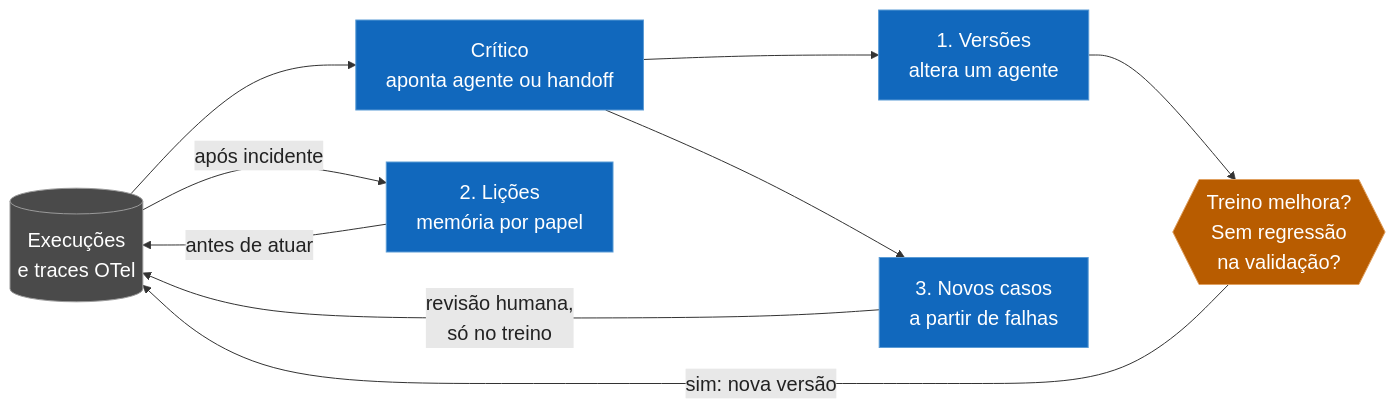
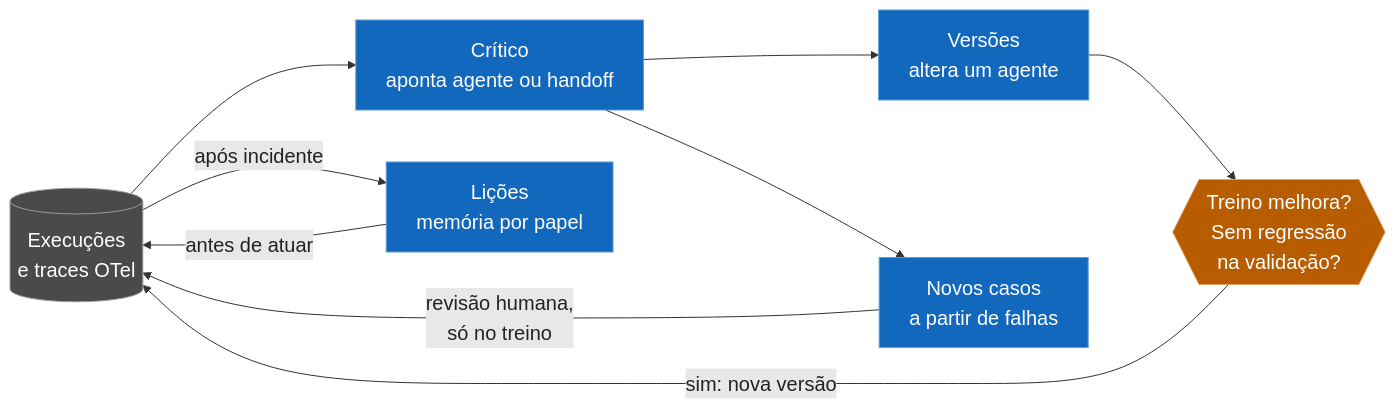
Before and after one commit to joaoptpsa/gen-ai-course: the diagram in projects/course-02-agentic-ai/presentation/diagrams/loops.mmd, drawn with Mermaid. The commit also changed 4 other files, not shown here.

```diff
--- a/projects/course-02-agentic-ai/presentation/diagrams/loops.mmd
+++ b/projects/course-02-agentic-ai/presentation/diagrams/loops.mmd
@@ -1,38 +1,38 @@
 ---
 config:
   layout: dagre
   look: classic
   theme: base
   themeVariables:
     fontSize: "20px"
     lineColor: "#333333"
     edgeLabelBackground: "#e8e8e8"
     primaryTextColor: "#222222"
   flowchart:
     wrappingWidth: 260
     nodeSpacing: 52
     rankSpacing: 84
 ---
 flowchart LR
   runs[("Execuções<br/>e traces OTel")]
   critic["Crítico<br/>aponta agente ou handoff"]
-  versions["1. Versões<br/>altera um agente"]
-  lessons["2. Lições<br/>memória por papel"]
-  cases["3. Novos casos<br/>a partir de falhas"]
+  versions["Versões<br/>altera um agente"]
+  lessons["Lições<br/>memória por papel"]
+  cases["Novos casos<br/>a partir de falhas"]
   gate{{"Treino melhora?<br/>Sem regressão<br/>na validação?"}}
 
   runs --> critic
   critic --> versions
   versions --> gate
   gate -->|"sim: nova versão"| runs
   runs -->|"após incidente"| lessons
   lessons -->|"antes de atuar"| runs
   critic --> cases
   cases -->|"revisão humana,<br/>só no treino"| runs
 
   classDef agent fill:#1168bd,stroke:#5b9bd5,color:#ffffff
   classDef gate fill:#b85c00,stroke:#e0a060,color:#ffffff
   classDef store fill:#4a4a4a,stroke:#9a9a9a,color:#ffffff
   class critic,versions,lessons,cases agent
   class gate gate
   class runs store
```
